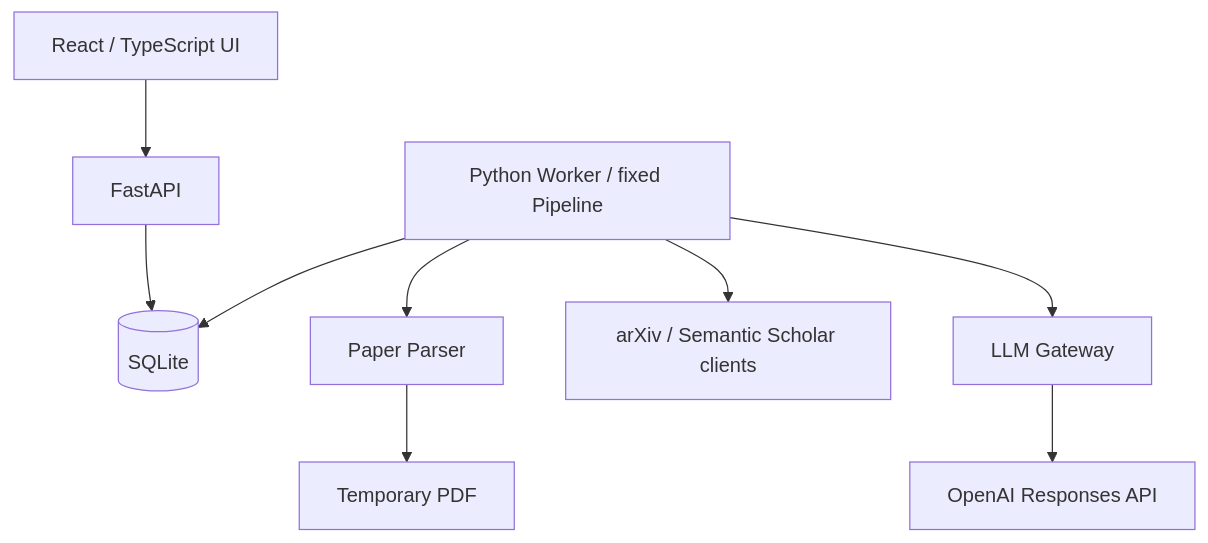
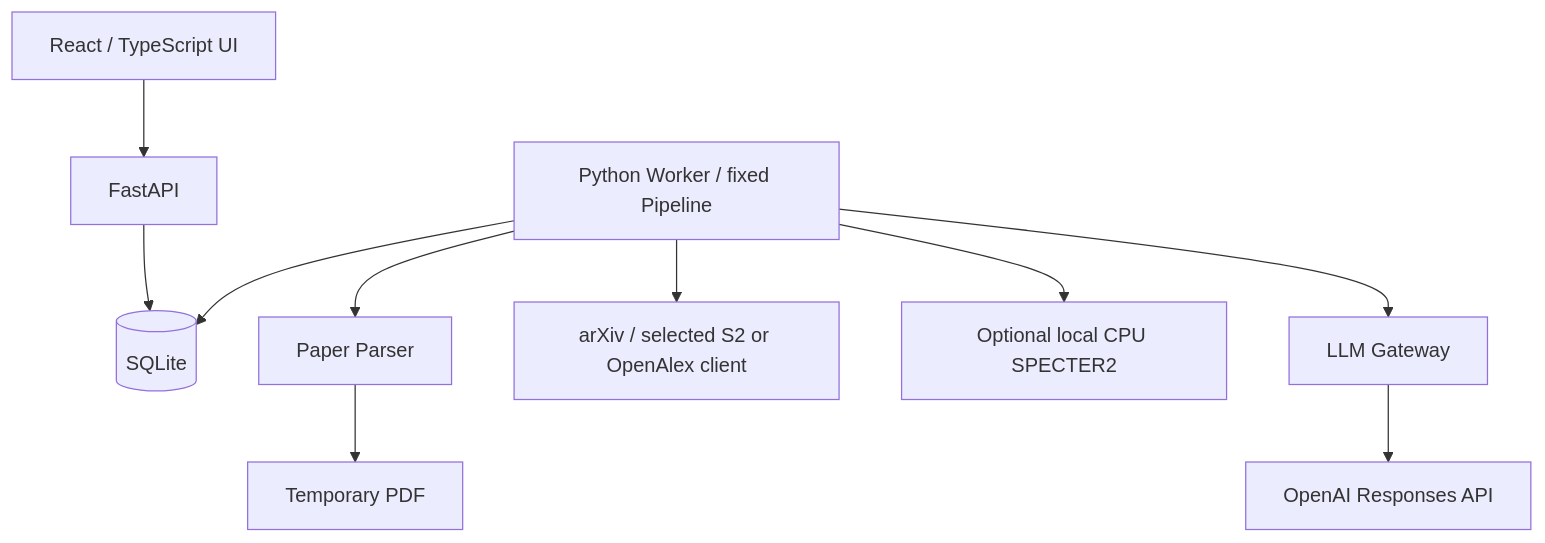
One commit to Takafumi122/paper-review-ai changed the diagram in docs/architecture.md. Above: the diagram before and after it, drawn with Mermaid. The commit also changed other lines of this file and 80 other files, not shown here.

Commit message:
feat: publish current OpenAlex and grounded Graph pipeline

````diff
--- a/docs/architecture.md
+++ b/docs/architecture.md
@@ -9,11 +9,12 @@
 ```mermaid
 flowchart TD
   UI[React / TypeScript UI] --> API[FastAPI]
   API --> DB[(SQLite)]
   Worker[Python Worker / fixed Pipeline] --> DB
   Worker --> Parser[Paper Parser]
-  Worker --> Academic[arXiv / Semantic Scholar clients]
+  Worker --> Academic[arXiv / selected S2 or OpenAlex client]
+  Worker --> Embedding[Optional local CPU SPECTER2]
   Worker --> Gateway[LLM Gateway]
   Gateway --> OpenAI[OpenAI Responses API]
   Parser --> Temp[Temporary PDF]
 ```
````
